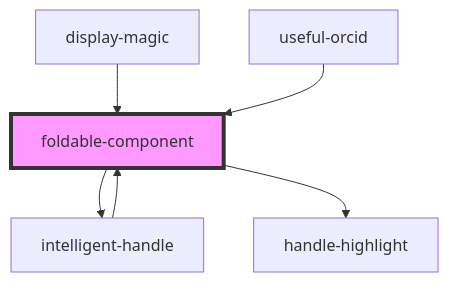
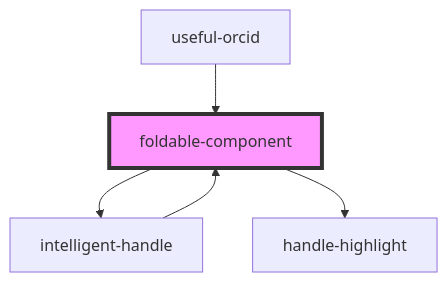
One commit to kit-data-manager/pid-component changed the diagram in src/components/foldable-component/readme.md. Above: the diagram before and after it, drawn with Mermaid. The commit also changed other lines of this file and 14 other files, not shown here.

````diff
--- a/src/components/foldable-component/readme.md
+++ b/src/components/foldable-component/readme.md
@@ -35,9 +34,8 @@
 ```mermaid
 graph TD;
   foldable-component --> intelligent-handle
   foldable-component --> handle-highlight
   intelligent-handle --> foldable-component
-  display-magic --> foldable-component
   useful-orcid --> foldable-component
   style foldable-component fill:#f9f,stroke:#333,stroke-width:4px
 ```
````
